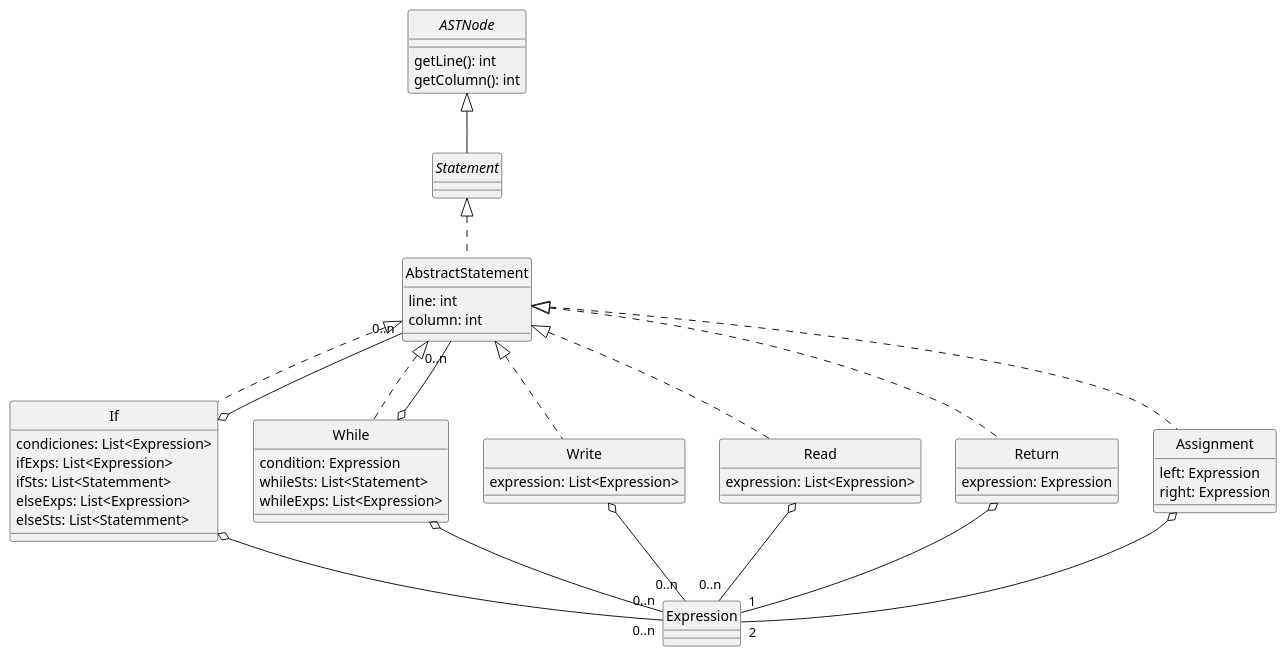
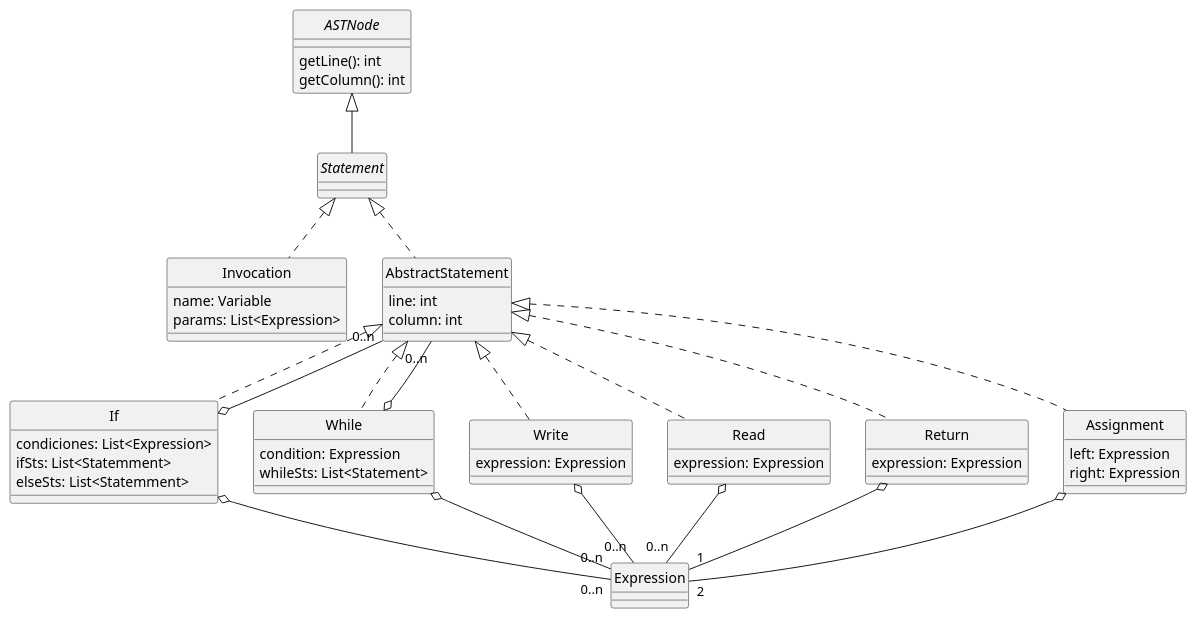
One commit to uo277516/dlp-compiler changed the diagram in docs/diagrams/statements.plantuml. Above: the diagram before and after it, drawn with PlantUML. The commit also changed 13 other files, not shown here.

```diff
--- a/docs/diagrams/statements.plantuml
+++ b/docs/diagrams/statements.plantuml
@@ -1,78 +1,82 @@
 @startuml Statements
 skinparam style strictuml
 skinparam monochrome true
 
 
 interface ASTNode {
     getLine(): int
     getColumn(): int
 }
 
 
 interface Statement
 
 class Write {
-    expression: List<Expression>
+    expression: Expression
 }
 
 class Read {
-    expression: List<Expression>
+    expression: Expression
 }
+
+class Invocation {
+    name: Variable
+    params: List<Expression>
+}
+
+Statement <|.. Invocation
 
 class If {
      condiciones: List<Expression>
-        ifExps: List<Expression>
         ifSts: List<Statemment>
-        elseExps: List<Expression>
         elseSts: List<Statemment>
 }
 
 class Return {
     expression: Expression
 }
 
 class While {
     condition: Expression
     whileSts: List<Statement>
-    whileExps: List<Expression>
 }
 
 class AbstractStatement {
     line: int
     column: int
 }
 
 class Assignment {
     left: Expression
     right: Expression
 }
 
 
 Statement <|.. AbstractStatement
 
 
 ASTNode <|-- Statement
 AbstractStatement <|.. If
 AbstractStatement <|.. Write
 AbstractStatement <|.. Return
 AbstractStatement <|.. While
 AbstractStatement <|.. Read
 
 
 If o-- "0..n" Expression
 If o-- "0..n" AbstractStatement
 
 While o-- "0..n" Expression
 While o-- "0..n" AbstractStatement
 
 Write o-- "0..n" Expression
 Read o-- "0..n" Expression
 
 Return o-- "1" Expression
 
 
 AbstractStatement <|.. Assignment
 Assignment o-- "2" Expression
 
 
 @enduml
```
